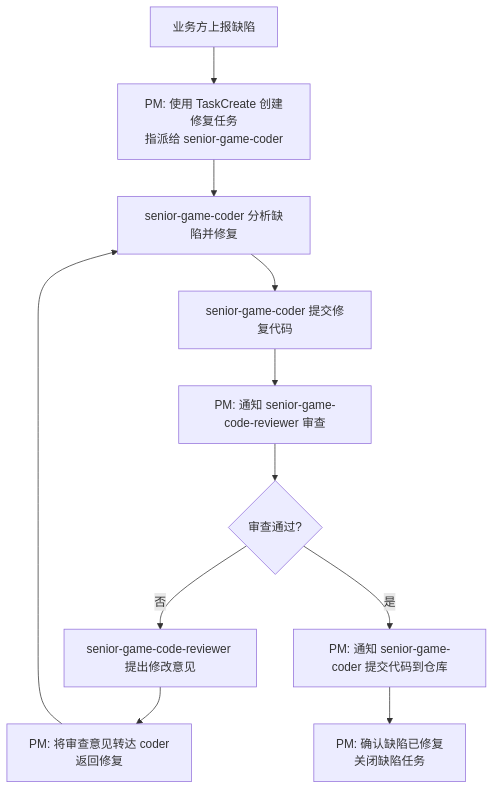
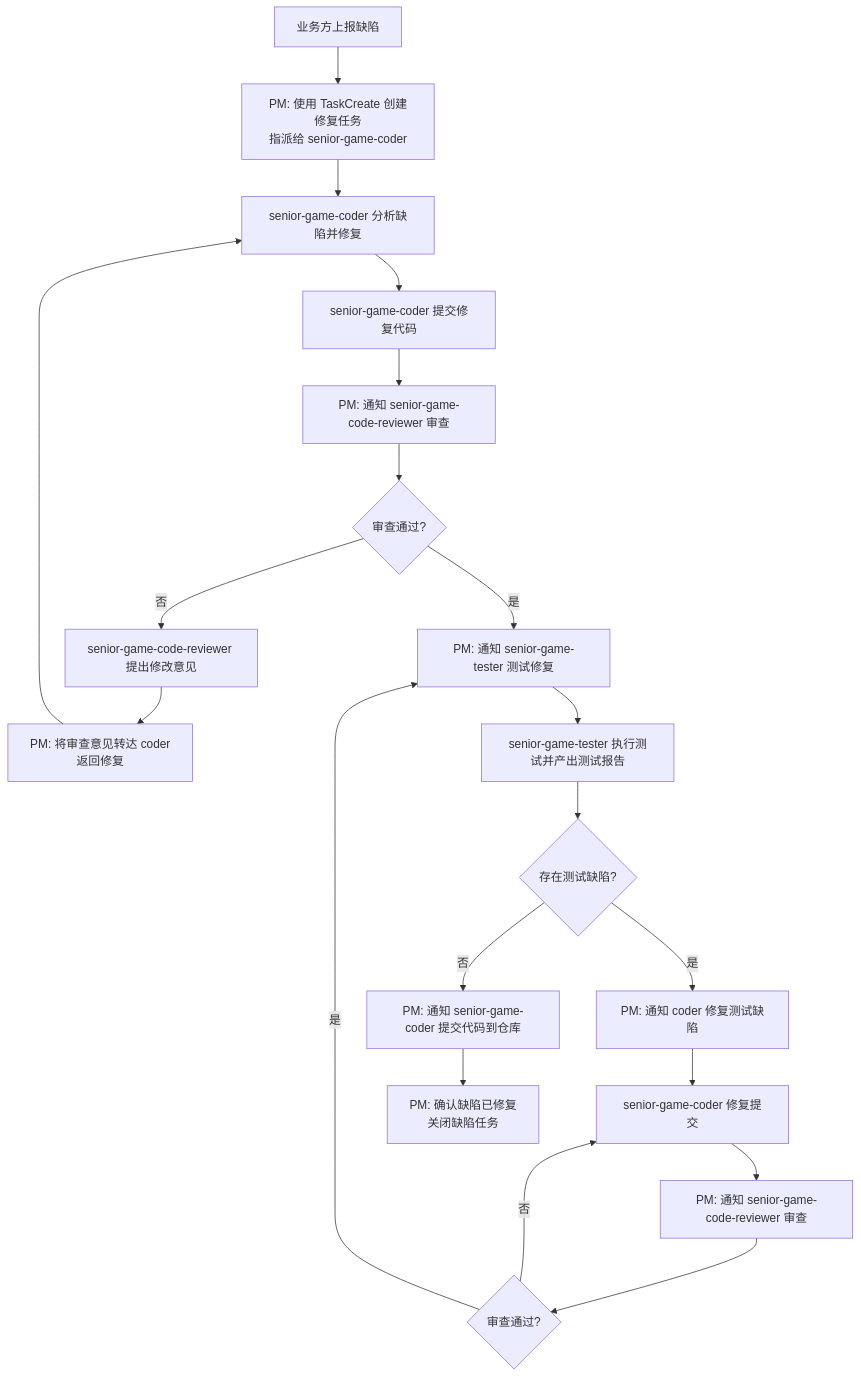
Before and after one commit to alickll909/workspace: the third of 3 diagrams in subagents/senior-game-pm.md, drawn with Mermaid. The commit also changed other lines of this file and 1 other file, not shown here.

First line of the commit message:
feat(test): 新增 senior-game-tester 角色并更新协作流程

````diff
--- a/subagents/senior-game-pm.md
+++ b/subagents/senior-game-pm.md
@@ -247,13 +291,22 @@
 ```mermaid
 flowchart TD
     A[业务方上报缺陷] --> B[PM: 使用 TaskCreate 创建修复任务<br>指派给 senior-game-coder]
     B --> C[senior-game-coder 分析缺陷并修复]
     C --> D[senior-game-coder 提交修复代码]
     D --> E[PM: 通知 senior-game-code-reviewer 审查]
     E --> F{审查通过?}
     F -->|否| G[senior-game-code-reviewer 提出修改意见]
     G --> H[PM: 将审查意见转达 coder<br>返回修复]
     H --> C
-    F -->|是| I[PM: 通知 senior-game-coder 提交代码到仓库]
-    I --> J[PM: 确认缺陷已修复<br>关闭缺陷任务]
+    F -->|是| I[PM: 通知 senior-game-tester 测试修复]
+    I --> J[senior-game-tester 执行测试并产出测试报告]
+    J --> K{存在测试缺陷?}
+    K -->|是| L[PM: 通知 coder 修复测试缺陷]
+    L --> M[senior-game-coder 修复提交]
+    M --> N[PM: 通知 senior-game-code-reviewer 审查]
+    N --> O{审查通过?}
+    O -->|否| M
+    O -->|是| I
+    K -->|否| P[PM: 通知 senior-game-coder 提交代码到仓库]
+    P --> Q[PM: 确认缺陷已修复<br>关闭缺陷任务]
 ```
````
